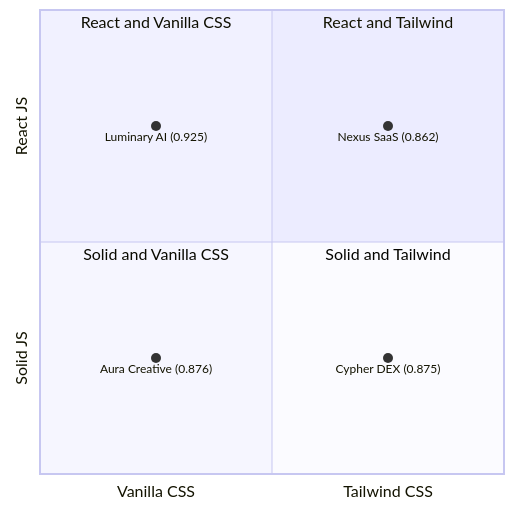
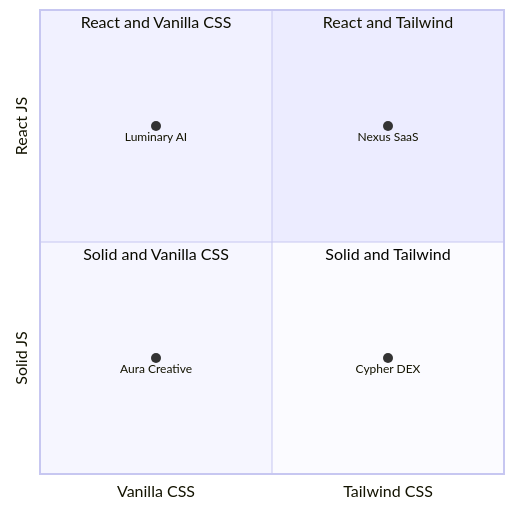
Before and after one commit to sahilg06/web-design-bench: the first of 2 diagrams in docs/part3_frameworks.md, drawn with Mermaid. The commit also changed other lines of this file and 53 other files, not shown here.

````diff
--- a/docs/part3_frameworks.md
+++ b/docs/part3_frameworks.md
@@ -7,13 +13,13 @@
 ```mermaid
 quadrantChart
     x-axis Vanilla CSS --> Tailwind CSS
     y-axis Solid JS --> React JS
     quadrant-1 React and Tailwind
     quadrant-2 React and Vanilla CSS
     quadrant-3 Solid and Vanilla CSS
     quadrant-4 Solid and Tailwind
-    "Luminary AI (0.925)": [0.25, 0.75]
-    "Nexus SaaS (0.862)": [0.75, 0.75]
-    "Aura Creative (0.876)": [0.25, 0.25]
-    "Cypher DEX (0.875)": [0.75, 0.25]
+    "Luminary AI": [0.25, 0.75]
+    "Nexus SaaS": [0.75, 0.75]
+    "Aura Creative": [0.25, 0.25]
+    "Cypher DEX": [0.75, 0.25]
 ```
````
